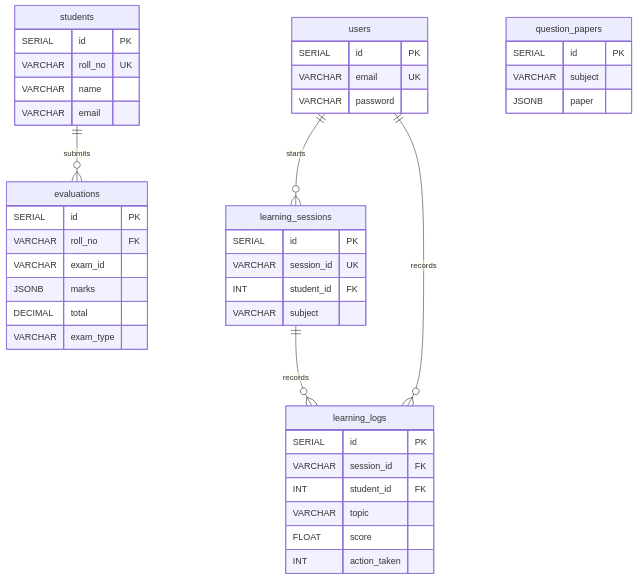
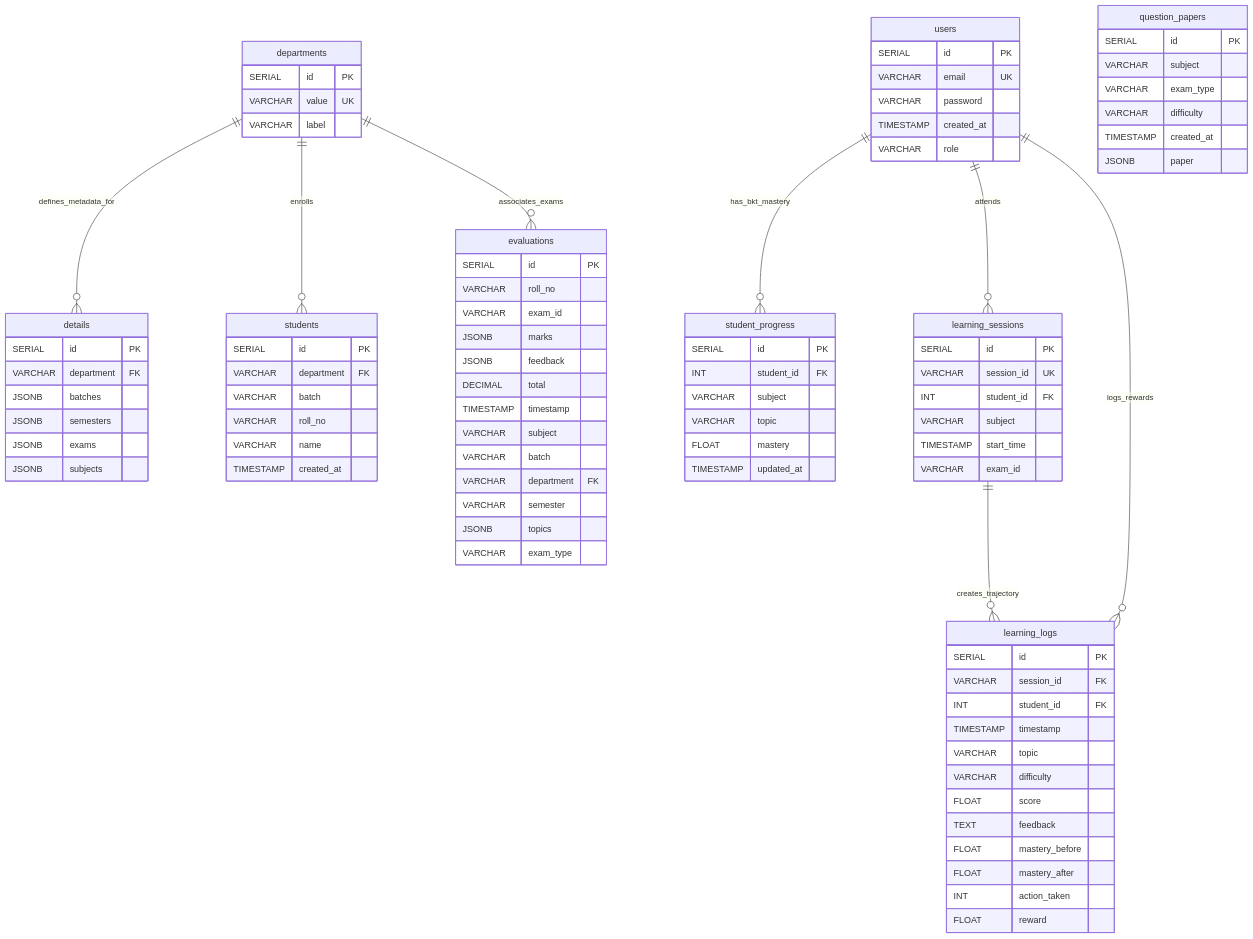
One commit to Edric2412/Q-A changed the diagram in README.md. Above: the diagram before and after it, drawn with Mermaid. The commit also changed other lines of this file and 1 other file, not shown here.

Commit message:
refactor: update README with architectural diagram, reorganized feature tables, and expanded database schema documentation

````diff
--- a/README.md
+++ b/README.md
@@ -378,43 +303,89 @@
         SERIAL id PK
         VARCHAR email UK
         VARCHAR password
+        TIMESTAMP created_at
+        VARCHAR role
+    }
+    departments {
+        SERIAL id PK
+        VARCHAR value UK
+        VARCHAR label
+    }
+    details {
+        SERIAL id PK
+        VARCHAR department FK
+        JSONB batches
+        JSONB semesters
+        JSONB exams
+        JSONB subjects
     }
     students {
         SERIAL id PK
-        VARCHAR roll_no UK
+        VARCHAR department FK
+        VARCHAR batch
+        VARCHAR roll_no
         VARCHAR name
-        VARCHAR email
+        TIMESTAMP created_at
     }
     question_papers {
         SERIAL id PK
         VARCHAR subject
+        VARCHAR exam_type
+        VARCHAR difficulty
+        TIMESTAMP created_at
         JSONB paper
     }
     evaluations {
         SERIAL id PK
-        VARCHAR roll_no FK
+        VARCHAR roll_no
         VARCHAR exam_id
         JSONB marks
+        JSONB feedback
         DECIMAL total
+        TIMESTAMP timestamp
+        VARCHAR subject
+        VARCHAR batch
+        VARCHAR department FK
+        VARCHAR semester
+        JSONB topics
         VARCHAR exam_type
+    }
+    student_progress {
+        SERIAL id PK
+        INT student_id FK
+        VARCHAR subject
+        VARCHAR topic
+        FLOAT mastery
+        TIMESTAMP updated_at
     }
     learning_sessions {
         SERIAL id PK
         VARCHAR session_id UK
         INT student_id FK
         VARCHAR subject
+        TIMESTAMP start_time
+        VARCHAR exam_id
     }
     learning_logs {
         SERIAL id PK
         VARCHAR session_id FK
         INT student_id FK
+        TIMESTAMP timestamp
         VARCHAR topic
+        VARCHAR difficulty
         FLOAT score
+        TEXT feedback
+        FLOAT mastery_before
+        FLOAT mastery_after
         INT action_taken
+        FLOAT reward
     }
 
-    users ||--o{ learning_sessions : "starts"
-    learning_sessions ||--o{ learning_logs : "records"
-    users ||--o{ learning_logs : "records"
-    students ||--o{ evaluations : "submits"
+    departments ||--o{ details : "defines_metadata_for"
+    departments ||--o{ students : "enrolls"
+    departments ||--o{ evaluations : "associates_exams"
+    users ||--o{ student_progress : "has_bkt_mastery"
+    users ||--o{ learning_sessions : "attends"
+    learning_sessions ||--o{ learning_logs : "creates_trajectory"
+    users ||--o{ learning_logs : "logs_rewards"
 ```
````
